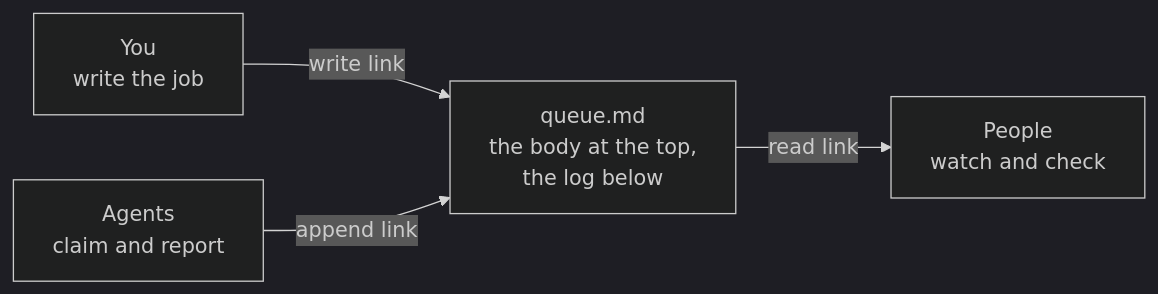
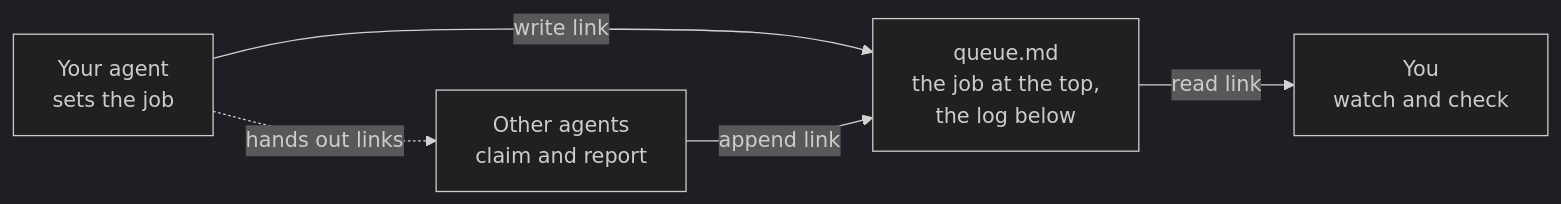
The first of 2 diagrams in README.md (albri/mdplane), drawn with Mermaid (dark theme) before and after one commit. The commit also changed other lines of this file, not shown here.

First line of the commit message:
Say in the README that your agent sets the job and you watch

````diff
--- a/README.md
+++ b/README.md
@@ -25,6 +26,7 @@
 ```mermaid
 flowchart LR
-  you["You<br/>write the job"] -- "write link" --> file["queue.md<br/>the body at the top,<br/>the log below"]
-  agents["Agents<br/>claim and report"] -- "append link" --> file
-  file -- "read link" --> people["People<br/>watch and check"]
+  lead["Your agent<br/>sets the job"] -- "write link" --> file["queue.md<br/>the job at the top,<br/>the log below"]
+  lead -. "hands out links" .-> agents["Other agents<br/>claim and report"]
+  agents -- "append link" --> file
+  file -- "read link" --> you["You<br/>watch and check"]
 ```
````
